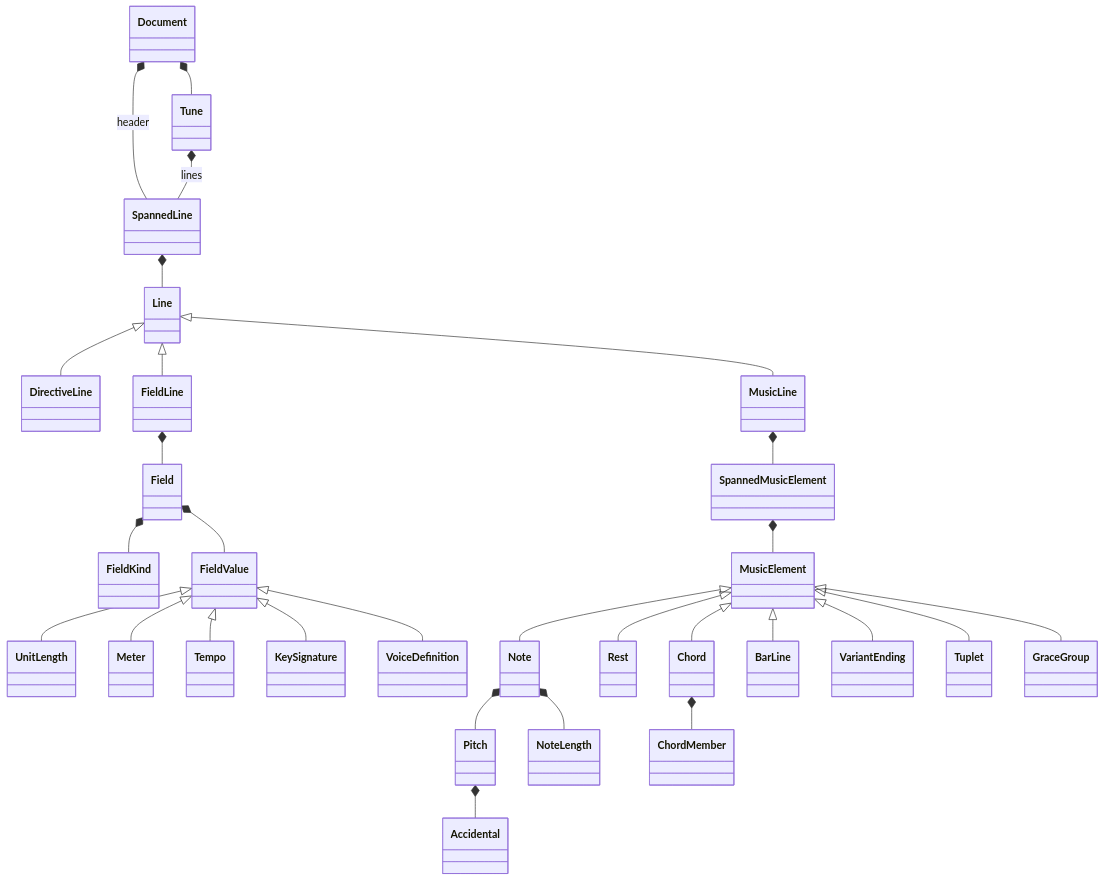
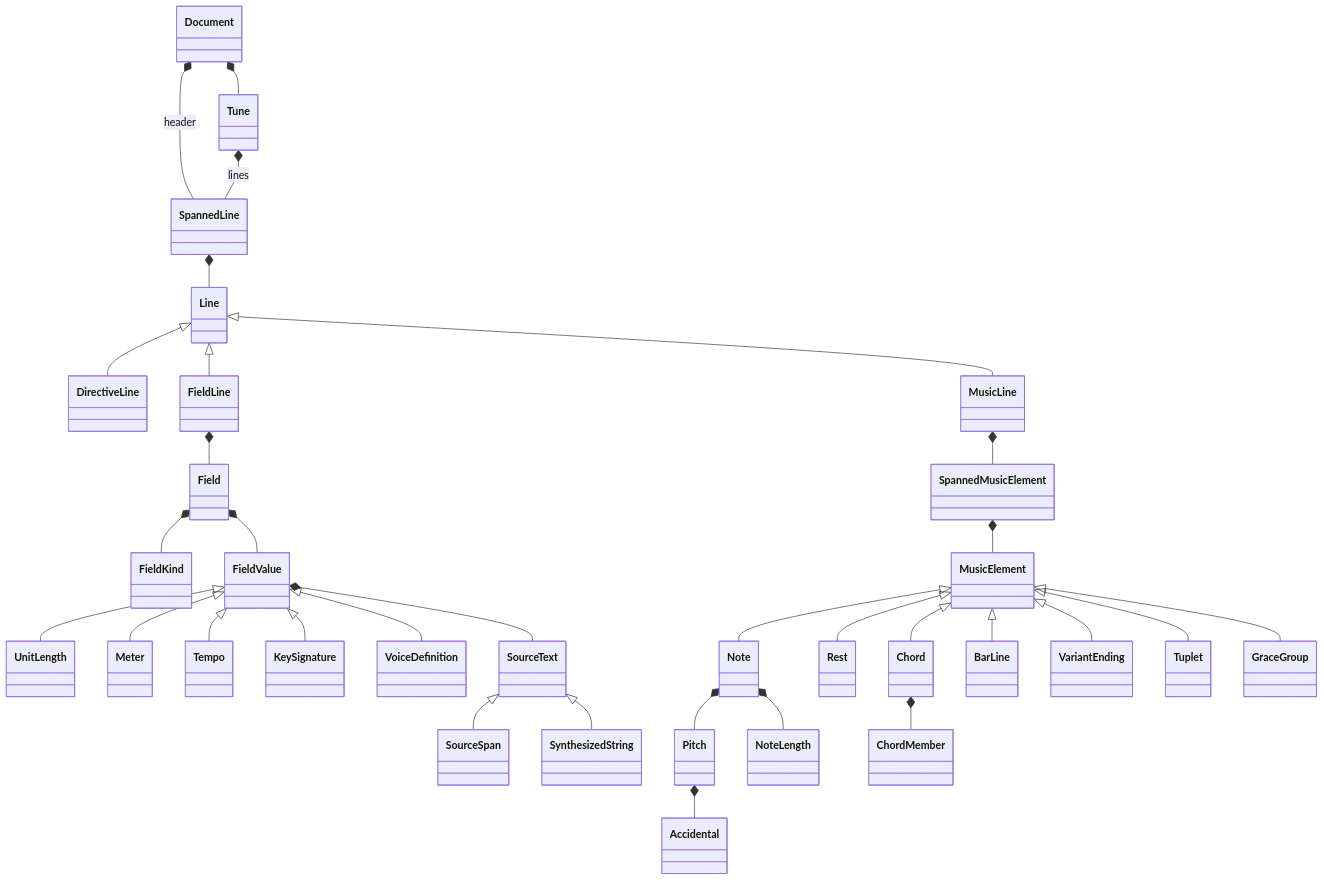
Before and after one commit to mauricebarnum/abc-parser: the fourth of 4 diagrams in docs/architecture.md, drawn with Mermaid. The commit also changed other lines of this file and 6 other files, not shown here.

First line of the commit message:
refactor: make the ABC AST source-span backed

````diff
--- a/docs/architecture.md
+++ b/docs/architecture.md
@@ -132,31 +174,34 @@
 ```mermaid
 classDiagram
     Document *-- Tune
     Document *-- SpannedLine : header
     Tune *-- SpannedLine : lines
     SpannedLine *-- Line
     Line <|-- DirectiveLine
     Line <|-- FieldLine
     Line <|-- MusicLine
     FieldLine *-- Field
     Field *-- FieldKind
     Field *-- FieldValue
     FieldValue <|-- UnitLength
     FieldValue <|-- Meter
     FieldValue <|-- Tempo
     FieldValue <|-- KeySignature
     FieldValue <|-- VoiceDefinition
+    SourceText <|-- SourceSpan
+    SourceText <|-- SynthesizedString
+    FieldValue *-- SourceText
     MusicLine *-- SpannedMusicElement
     SpannedMusicElement *-- MusicElement
     MusicElement <|-- Note
     MusicElement <|-- Rest
     MusicElement <|-- Chord
     MusicElement <|-- BarLine
     MusicElement <|-- VariantEnding
     MusicElement <|-- Tuplet
     MusicElement <|-- GraceGroup
     Note *-- Pitch
     Note *-- NoteLength
     Pitch *-- Accidental
     Chord *-- ChordMember
 ```
````
